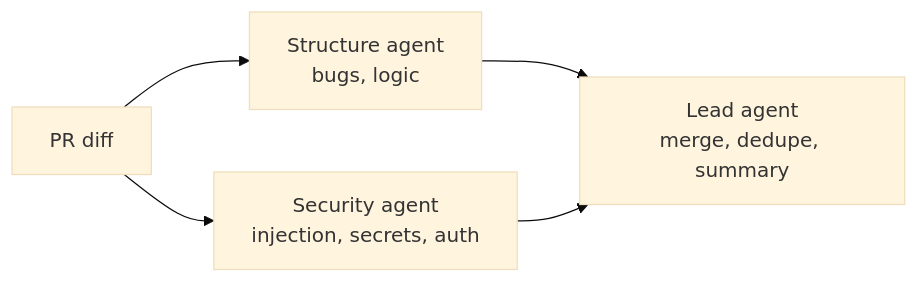
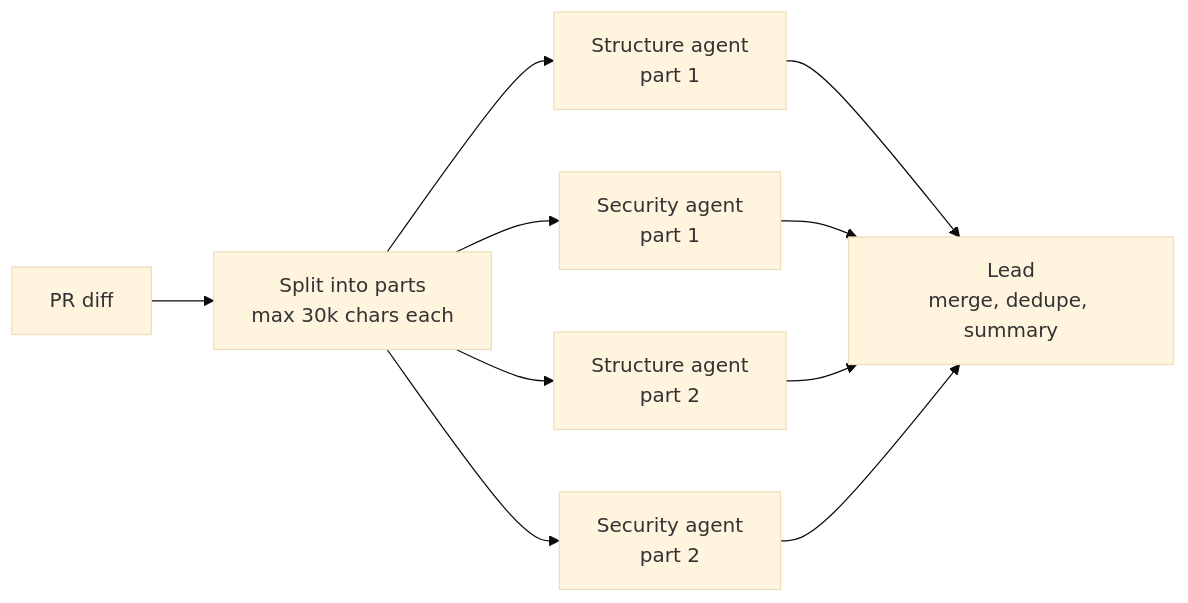
One commit to dolishaa29/RepoSage changed the second of 2 diagrams in README.md. Above: the diagram before and after it, drawn with Mermaid (base theme). The commit also changed other lines of this file and 31 other files, not shown here.

````diff
--- a/README.md
+++ b/README.md
@@ -39,7 +41,7 @@
 ```mermaid
 flowchart LR
-    D[PR diff] --> A[Structure agent<br/>bugs, logic]
-    D --> B[Security agent<br/>injection, secrets, auth]
-    A --> L[Lead agent<br/>merge, dedupe, summary]
-    B --> L
+    D[PR diff] --> S[Split into parts<br/>max 30k chars each]
+    S --> A1[Structure agent<br/>part 1] & B1[Security agent<br/>part 1]
+    S --> A2[Structure agent<br/>part 2] & B2[Security agent<br/>part 2]
+    A1 & B1 & A2 & B2 --> L[Lead<br/>merge, dedupe, summary]
 ```
````
